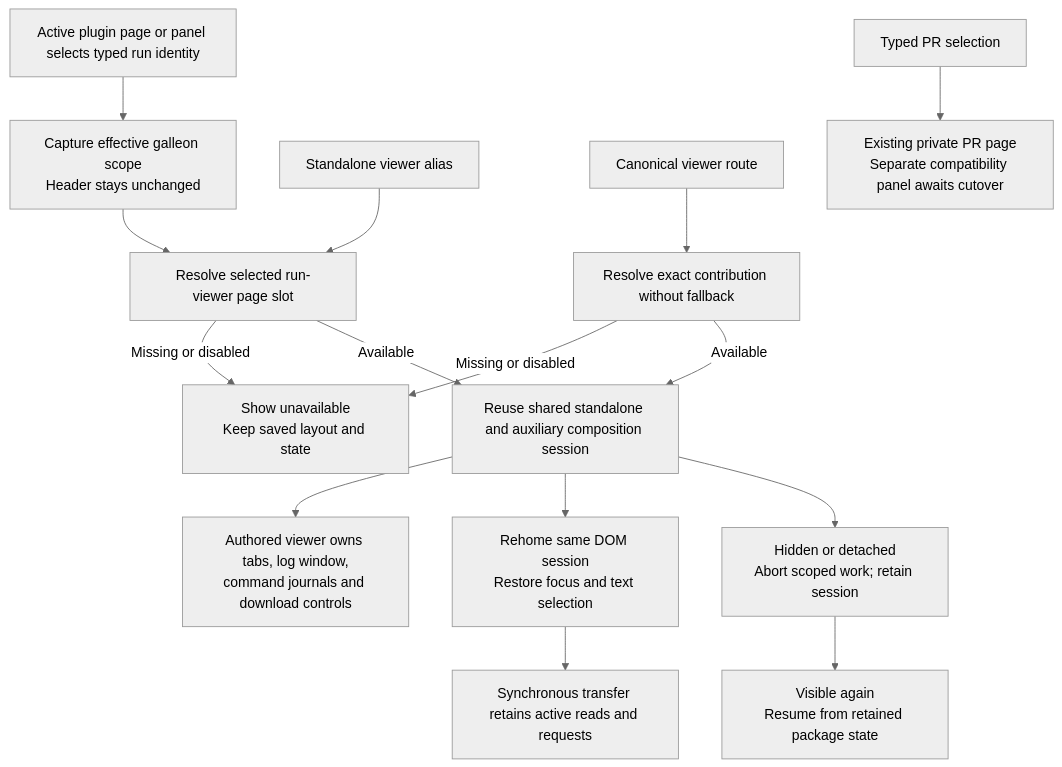
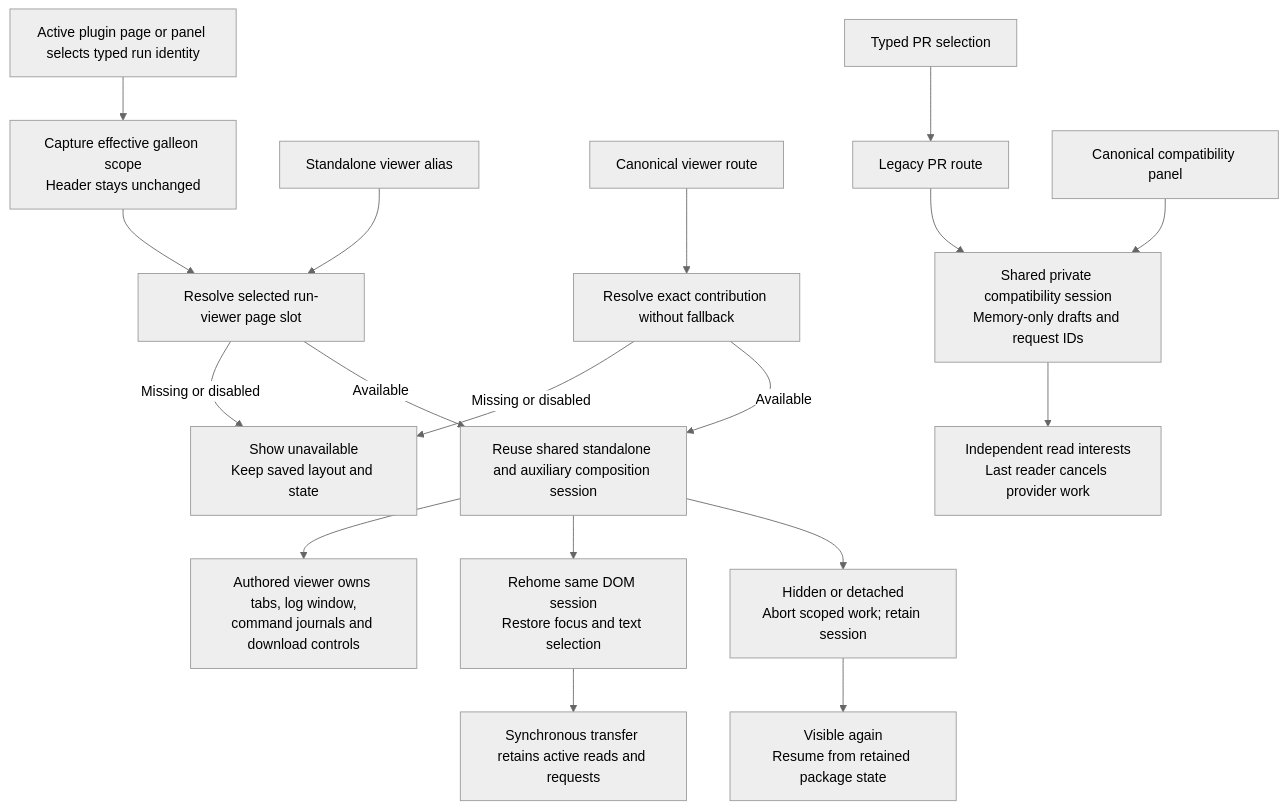
One commit to nloehlein-godaddy/helmsman changed the third of 9 diagrams in docs/helmsman-process.md. Above: the diagram before and after it, drawn with Mermaid (neutral theme). The commit also changed other lines of this file and 61 other files, not shown here.

````diff
--- a/docs/helmsman-process.md
+++ b/docs/helmsman-process.md
@@ -76,17 +76,20 @@
 ```mermaid
 flowchart TD
     Selection[Active plugin page or panel selects typed run identity] --> Scope[Capture effective galleon scope<br/>Header stays unchanged]
     Scope --> Slot[Resolve selected run-viewer page slot]
     Slot -->|Missing or disabled| Unavailable[Show unavailable<br/>Keep saved layout and state]
     Alias[Standalone viewer alias] --> Slot
     Canonical[Canonical viewer route] --> Exact[Resolve exact contribution without fallback]
     Exact -->|Missing or disabled| Unavailable
     Exact -->|Available| Auxiliary
     Slot -->|Available| Auxiliary[Reuse shared standalone and auxiliary composition session]
     Auxiliary --> Viewer[Authored viewer owns tabs, log window,<br/>command journals and download controls]
     Auxiliary --> Move[Rehome same DOM session<br/>Restore focus and text selection]
     Move --> Transfer[Synchronous transfer retains active reads and requests]
     Auxiliary --> Hidden[Hidden or detached<br/>Abort scoped work; retain session]
     Hidden --> Visible[Visible again<br/>Resume from retained package state]
-    PR[Typed PR selection] --> LegacyPR[Existing private PR page<br/>Separate compatibility panel awaits cutover]
+    PR[Typed PR selection] --> LegacyPR[Legacy PR route]
+    LegacyPR --> PRSession[Shared private compatibility session<br/>Memory-only drafts and request IDs]
+    CanonicalPR[Canonical compatibility panel] --> PRSession
+    PRSession --> Interests[Independent read interests<br/>Last reader cancels provider work]
 ```
````
